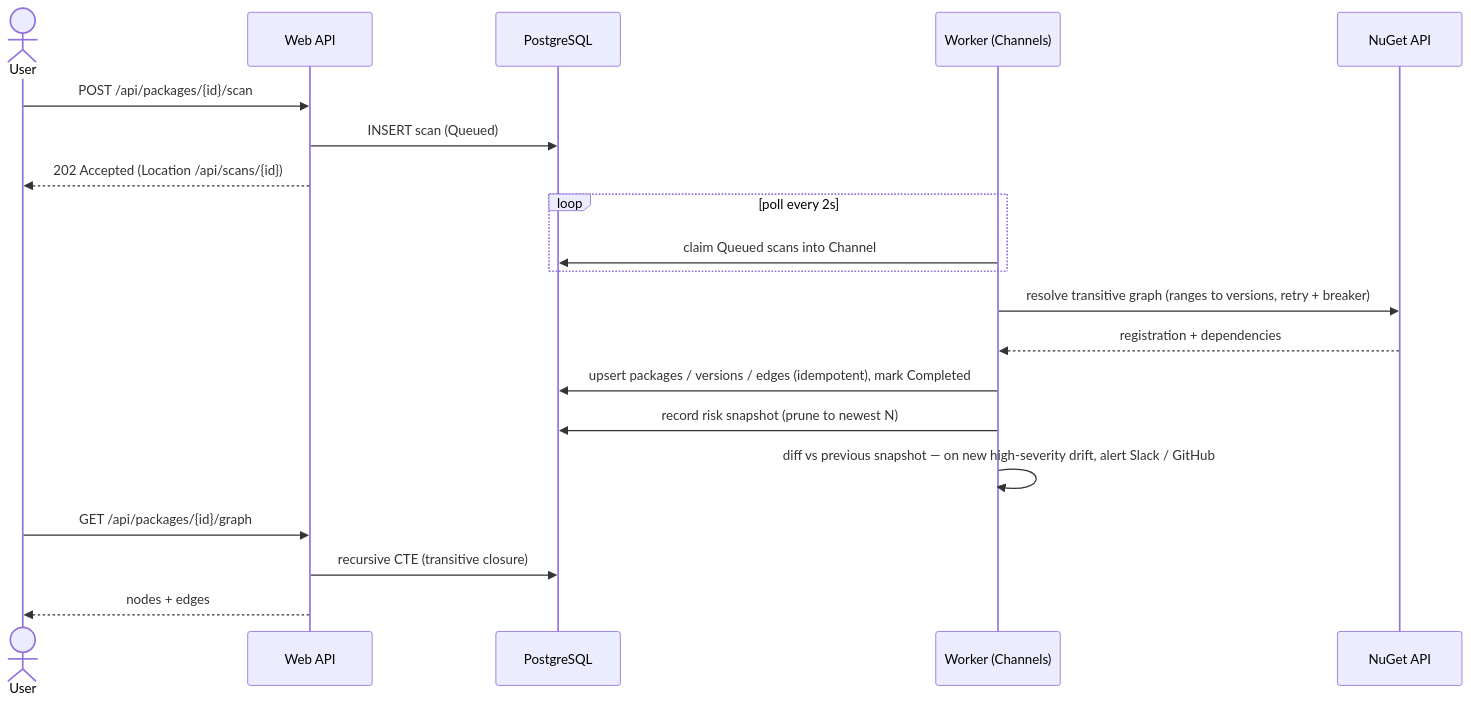
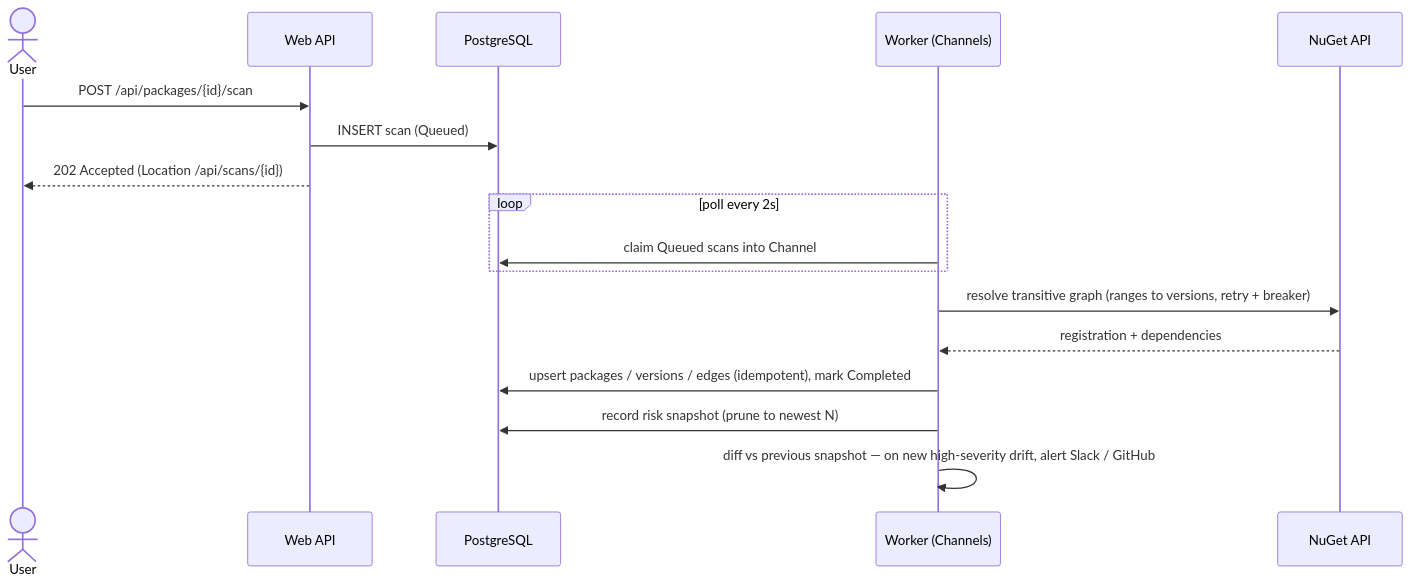
The first of 3 diagrams in README.md (AdrianDeutsch/DepRadar), drawn with Mermaid before and after one commit. The commit also changed other lines of this file, not shown here.

````diff
--- a/README.md
+++ b/README.md
@@ -122,25 +274,20 @@
 ```mermaid
 sequenceDiagram
     actor User
     participant API as Web API
     participant DB as PostgreSQL
     participant W as Worker (Channels)
     participant NG as NuGet API
 
     User->>API: POST /api/packages/{id}/scan
     API->>DB: INSERT scan (Queued)
     API-->>User: 202 Accepted (Location /api/scans/{id})
-
     loop poll every 2s
         W->>DB: claim Queued scans into Channel
     end
     W->>NG: resolve transitive graph (ranges to versions, retry + breaker)
     NG-->>W: registration + dependencies
     W->>DB: upsert packages / versions / edges (idempotent), mark Completed
     W->>DB: record risk snapshot (prune to newest N)
     W->>W: diff vs previous snapshot — on new high-severity drift, alert Slack / GitHub
-
-    User->>API: GET /api/packages/{id}/graph
-    API->>DB: recursive CTE (transitive closure)
-    API-->>User: nodes + edges
 ```
````
